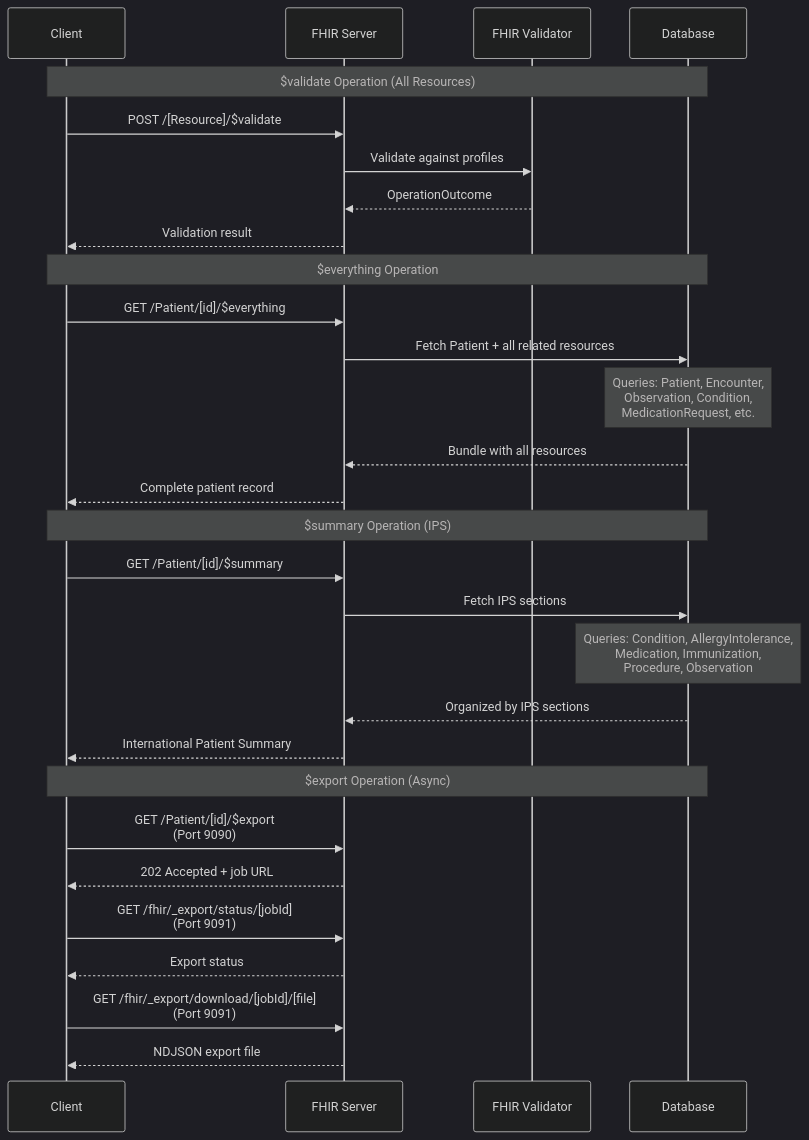
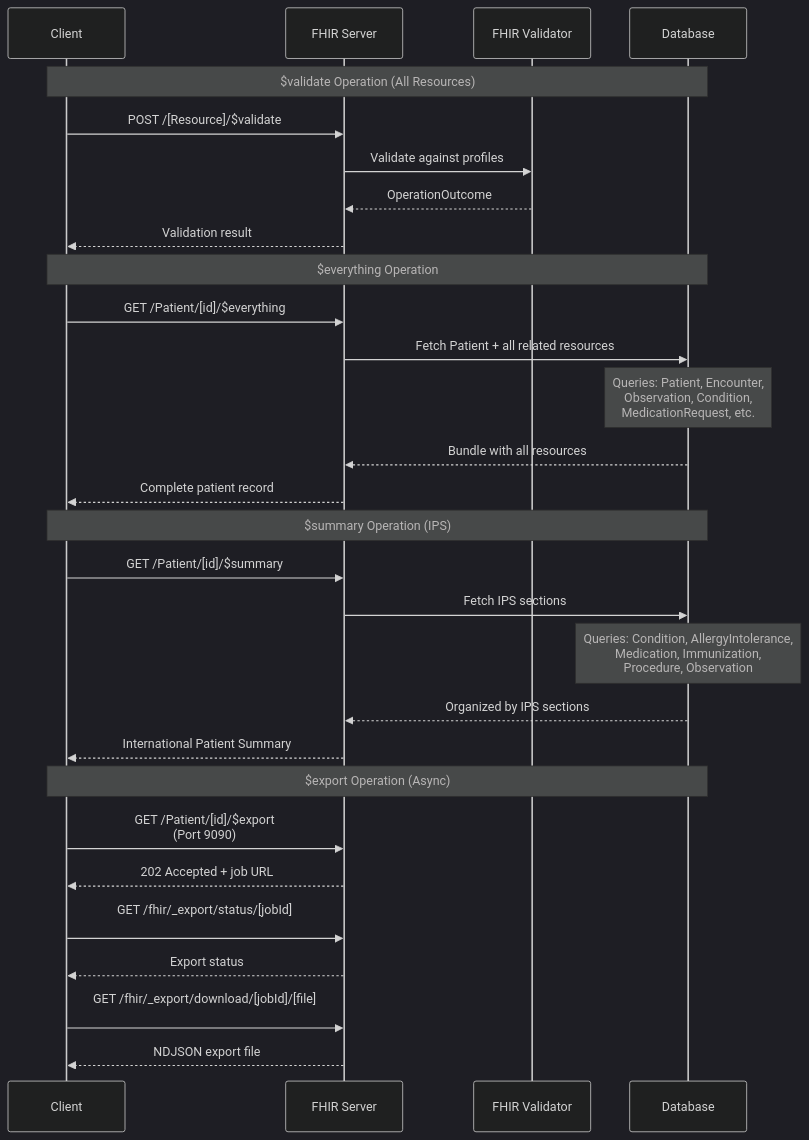
One commit to wso2/open-healthcare-prebuilt-services changed the fourth of 5 diagrams in miscellaneous/fhir-server/README.md. Above: the diagram before and after it, drawn with Mermaid (dark theme).

````diff
--- a/miscellaneous/fhir-server/README.md
+++ b/miscellaneous/fhir-server/README.md
@@ -122,35 +122,35 @@
 ```mermaid
 sequenceDiagram
     participant Client
     participant Server as FHIR Server
     participant Validator as FHIR Validator
     participant DB as Database
     
     Note over Client,DB: $validate Operation (All Resources)
     Client->>Server: POST /[Resource]/$validate
     Server->>Validator: Validate against profiles
     Validator-->>Server: OperationOutcome
     Server-->>Client: Validation result
     
     Note over Client,DB: $everything Operation
     Client->>Server: GET /Patient/[id]/$everything
     Server->>DB: Fetch Patient + all related resources
     Note over DB: Queries: Patient, Encounter,<br/>Observation, Condition,<br/>MedicationRequest, etc.
     DB-->>Server: Bundle with all resources
     Server-->>Client: Complete patient record
     
     Note over Client,DB: $summary Operation (IPS)
     Client->>Server: GET /Patient/[id]/$summary
     Server->>DB: Fetch IPS sections
     Note over DB: Queries: Condition, AllergyIntolerance,<br/>Medication, Immunization,<br/>Procedure, Observation
     DB-->>Server: Organized by IPS sections
     Server-->>Client: International Patient Summary
     
     Note over Client,DB: $export Operation (Async)
     Client->>Server: GET /Patient/[id]/$export<br/>(Port 9090)
     Server-->>Client: 202 Accepted + job URL
-    Client->>Server: GET /fhir/_export/status/[jobId]<br/>(Port 9091)
+    Client->>Server: GET /fhir/_export/status/[jobId]<br/>
     Server-->>Client: Export status
-    Client->>Server: GET /fhir/_export/download/[jobId]/[file]<br/>(Port 9091)
+    Client->>Server: GET /fhir/_export/download/[jobId]/[file]<br/>
     Server-->>Client: NDJSON export file
 ```
````
